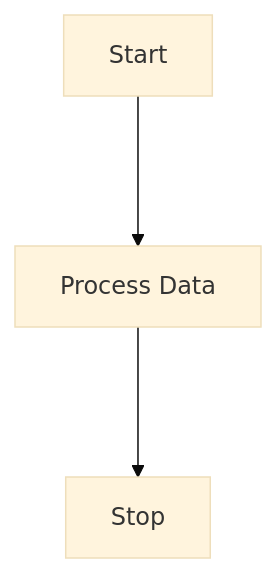
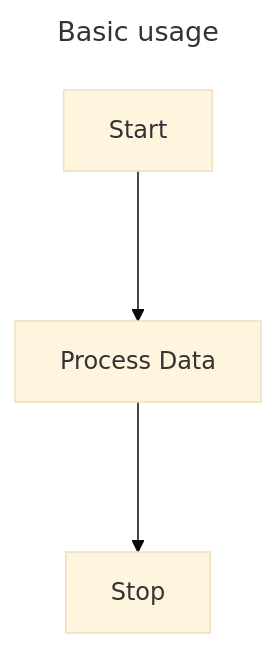
The first of 4 diagrams in README.md (JansthcirlU/Mermaid.NET.Flowcharts), drawn with Mermaid (base theme) before and after one commit. The commit also changed other lines of this file, not shown here.

Commit message:
Updated README to include link styles and subgraph usage.

````diff
--- a/README.md
+++ b/README.md
@@ -48,10 +49,13 @@
 ```mermaid
+---
+title: Basic usage
+---
 flowchart TD
   start["Start"]
   process["Process Data"]
   stop["Stop"]
 
   start ---> process
   process ---> stop
 
 ```
````
